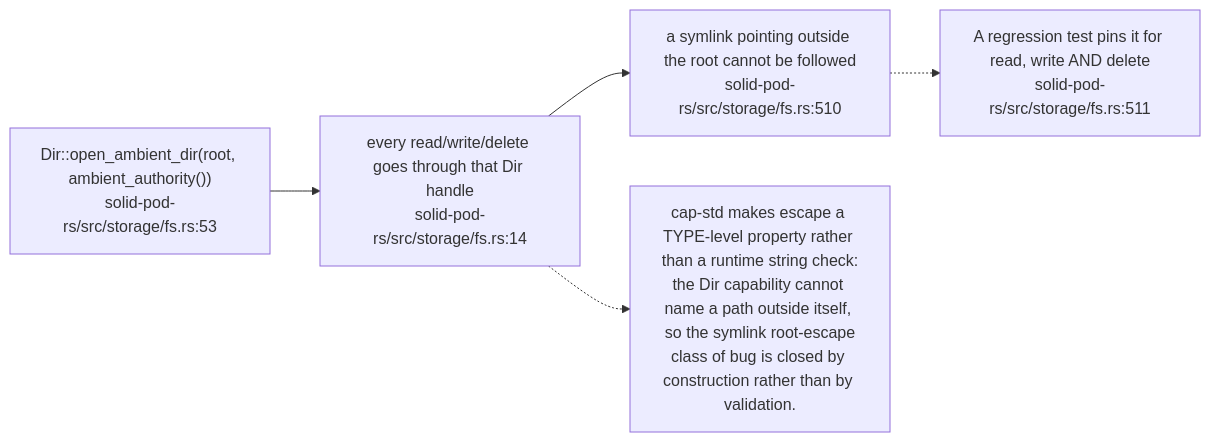
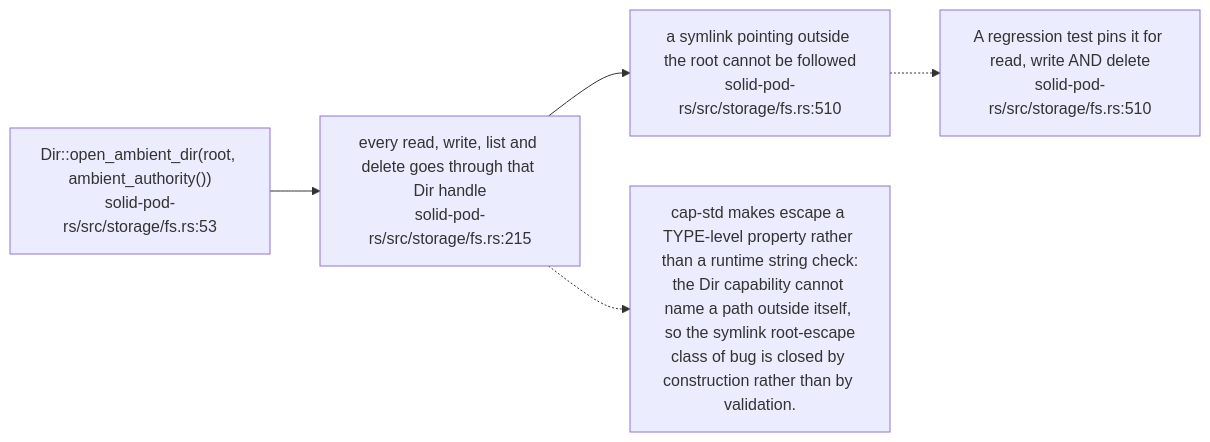
Before and after one commit to DreamLab-AI/VisionFlow: the third of 11 diagrams in docs/diagrams/solid-pod-rs/06-storage-quota-and-git-pods.md, drawn with Mermaid. The commit also changed other lines of this file and 47 other files, not shown here.

````diff
--- a/docs/diagrams/solid-pod-rs/06-storage-quota-and-git-pods.md
+++ b/docs/diagrams/solid-pod-rs/06-storage-quota-and-git-pods.md
@@ -93,13 +95,13 @@
 ```mermaid
 flowchart LR
     OPEN["Dir::open_ambient_dir(root, ambient_authority())<br/>solid-pod-rs/src/storage/fs.rs:53"]
-    CAP["every read/write/delete goes through that Dir handle<br/>solid-pod-rs/src/storage/fs.rs:14"]
+    CAP["every read, write, list and delete goes through that Dir handle<br/>solid-pod-rs/src/storage/fs.rs:215"]
     SYM["a symlink pointing outside the root cannot be followed<br/>solid-pod-rs/src/storage/fs.rs:510"]
 
     OPEN --> CAP --> SYM
 
     N["cap-std makes escape a TYPE-level property rather than a runtime string check:<br/>the Dir capability cannot name a path outside itself, so the symlink root-escape<br/>class of bug is closed by construction rather than by validation."]
     CAP -.-> N
-    N2["A regression test pins it for read, write AND delete<br/>solid-pod-rs/src/storage/fs.rs:511"]
+    N2["A regression test pins it for read, write AND delete<br/>solid-pod-rs/src/storage/fs.rs:510"]
     SYM -.-> N2
 ```
````
